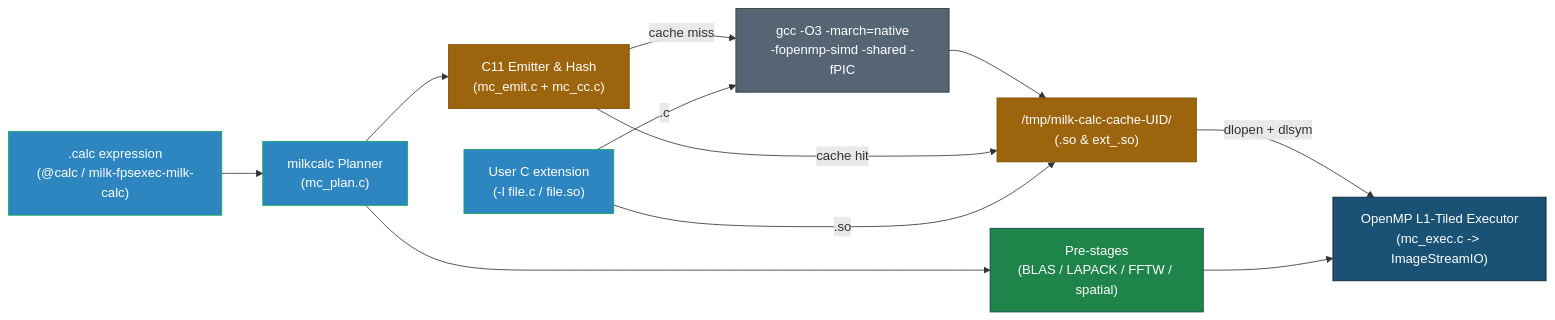
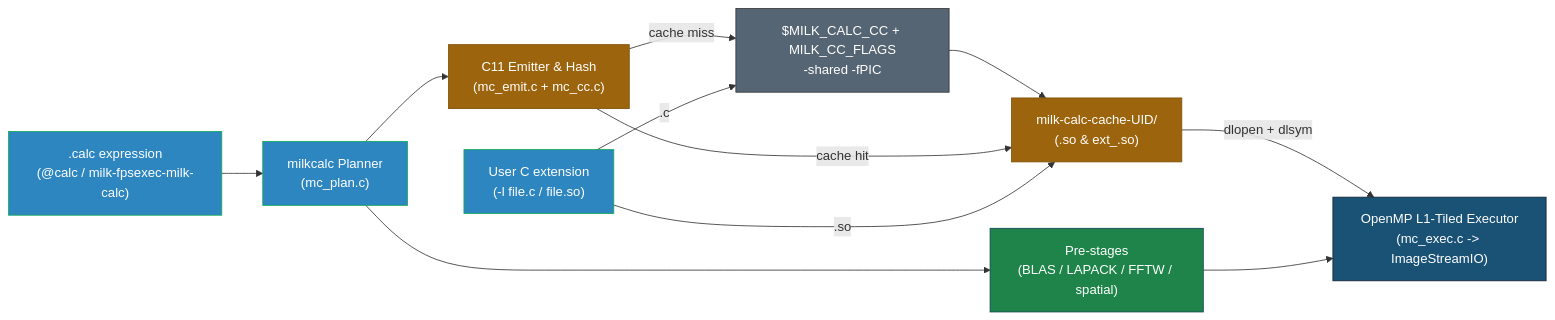
Before and after one commit to milk-org/milk: the fourth of 4 diagrams in docs/arch/dependency_graph.md, drawn with Mermaid. The commit also changed other lines of this file and 222 other files, not shown here.

First line of the commit message:
refactor(calc,cli): apply the JIT/calc/CLI review (steps 1-6)

````diff
--- a/docs/arch/dependency_graph.md
+++ b/docs/arch/dependency_graph.md
@@ -385,28 +386,28 @@
 ```mermaid
 flowchart LR
     EXPR[".calc expression\n(@calc / milk-fpsexec-milk-calc)"]:::fw
     EXTSRC["User C extension\n(-l file.c / file.so)"]:::fw
     PLAN["milkcalc Planner\n(mc_plan.c)"]:::fw
     PRESTAGE["Pre-stages\n(BLAS / LAPACK / FFTW / spatial)"]:::coremod
     EMIT["C11 Emitter & Hash\n(mc_emit.c + mc_cc.c)"]:::jit
-    GCC["gcc -O3 -march=native\n-fopenmp-simd -shared -fPIC"]:::ext
-    CACHE["/tmp/milk-calc-cache-UID/\n(<hash32>.so & ext_<hash16>.so)"]:::jit
+    GCC["$MILK_CALC_CC + MILK_CC_FLAGS\n-shared -fPIC"]:::ext
+    CACHE["milk-calc-cache-UID/\n(<key>.so & ext_<key>.so)"]:::jit
     EXEC["OpenMP L1-Tiled Executor\n(mc_exec.c -> ImageStreamIO)"]:::core
 
     EXPR --> PLAN
     PLAN --> PRESTAGE
     PLAN --> EMIT
     EMIT -->|cache miss| GCC
     GCC --> CACHE
     EMIT -->|cache hit| CACHE
     EXTSRC -->|".c"| GCC
     EXTSRC -->|".so"| CACHE
     CACHE -->|"dlopen + dlsym"| EXEC
     PRESTAGE --> EXEC
 
     classDef ext fill:#566573,stroke:#333,color:#fff
     classDef core fill:#1a5276,stroke:#123,color:#fff
     classDef coremod fill:#1e8449,stroke:#145,color:#fff
     classDef fw fill:#2e86c1,stroke:#1a5,color:#fff
     classDef jit fill:#9c640c,stroke:#7e5109,color:#fff
 ```
````
